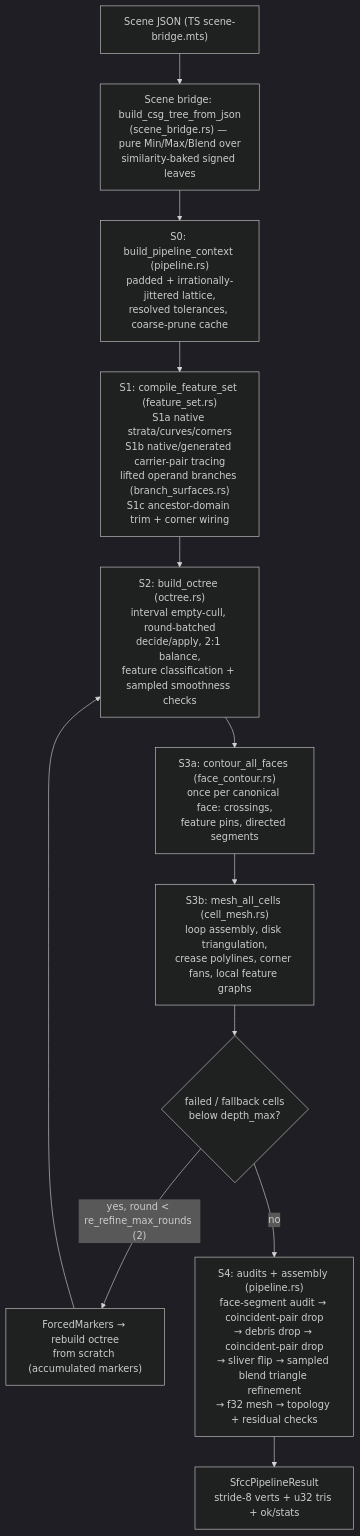
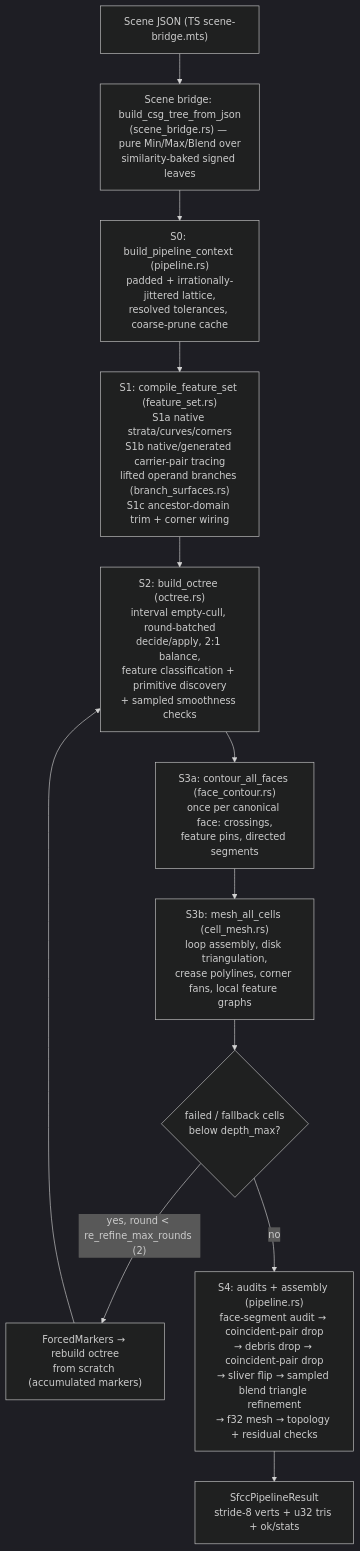
Before and after one commit to mattolenik/GalactiCAD: the diagram in docs/sfcc-meshing-algorithm.md, drawn with Mermaid (dark theme). The commit also changed other lines of this file, not shown here.

Commit message:
Document SFCC discovery guarantees and remaining limits

````diff
--- a/docs/sfcc-meshing-algorithm.md
+++ b/docs/sfcc-meshing-algorithm.md
@@ -33,14 +35,14 @@
 ```mermaid
 flowchart TD
     A["Scene JSON (TS scene-bridge.mts)"] --> B["Scene bridge: build_csg_tree_from_json<br/>(scene_bridge.rs) — pure Min/Max/Blend over<br/>similarity-baked signed leaves"]
     B --> C["S0: build_pipeline_context (pipeline.rs)<br/>padded + irrationally-jittered lattice,<br/>resolved tolerances, coarse-prune cache"]
     C --> D["S1: compile_feature_set (feature_set.rs)<br/>S1a native strata/curves/corners<br/>S1b native/generated carrier-pair tracing<br/>lifted operand branches (branch_surfaces.rs)<br/>S1c ancestor-domain trim + corner wiring"]
-    D --> E["S2: build_octree (octree.rs)<br/>interval empty-cull, round-batched<br/>decide/apply, 2:1 balance,<br/>feature classification + sampled smoothness checks"]
+    D --> E["S2: build_octree (octree.rs)<br/>interval empty-cull, round-batched<br/>decide/apply, 2:1 balance,<br/>feature classification + primitive discovery<br/>+ sampled smoothness checks"]
     E --> F["S3a: contour_all_faces (face_contour.rs)<br/>once per canonical face: crossings,<br/>feature pins, directed segments"]
     F --> G["S3b: mesh_all_cells (cell_mesh.rs)<br/>loop assembly, disk triangulation,<br/>crease polylines, corner fans, local feature graphs"]
     G --> H{"failed / fallback cells<br/>below depth_max?"}
     H -- "yes, round < re_refine_max_rounds (2)" --> I["ForcedMarkers → rebuild octree<br/>from scratch (accumulated markers)"]
     I --> E
     H -- no --> J["S4: audits + assembly (pipeline.rs)<br/>face-segment audit → coincident-pair drop<br/>→ debris drop → coincident-pair drop<br/>→ sliver flip → sampled blend triangle refinement<br/>→ f32 mesh → topology + residual checks"]
     J --> K["SfccPipelineResult<br/>stride-8 verts + u32 tris + ok/stats"]
 ```
````
